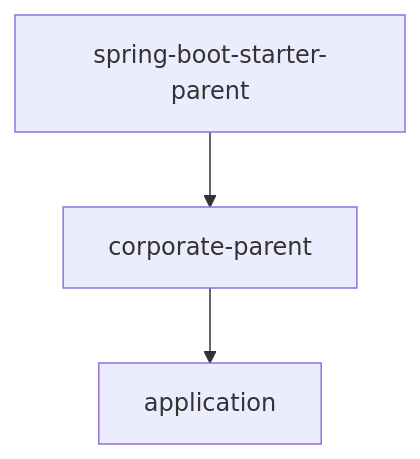
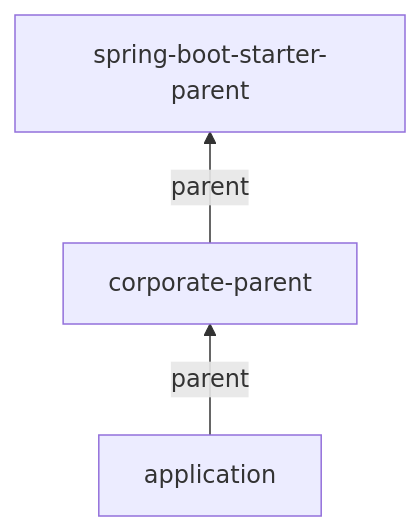
Before and after one commit to IAAA-Lab/maven-corporate-pom: the sixth of 9 diagrams in README.md, drawn with Mermaid. The commit also changed other lines of this file and 10 other files, not shown here.

````diff
--- a/README.md
+++ b/README.md
@@ -247,8 +255,8 @@
 ```mermaid
-flowchart TD
+flowchart BT
     bootParent["spring-boot-starter-parent"]
     corporateParent["corporate-parent"]
     app["application"]
-    bootParent --> corporateParent
-    corporateParent --> app
+    corporateParent -->|"parent"| bootParent
+    app -->|"parent"| corporateParent
 ```
````
